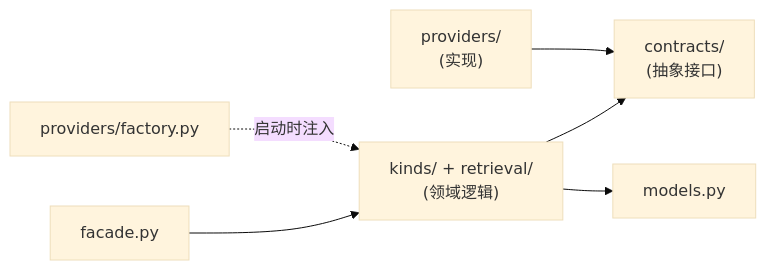
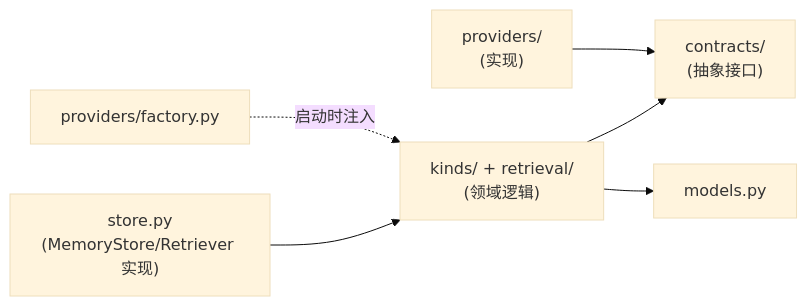
The diagram in docs/modules/memory/README.md (Kairos0922/kairos-agent-infra), drawn with Mermaid (base theme) before and after one commit. The commit also changed other lines of this file and 54 other files, not shown here.

````diff
--- a/docs/modules/memory/README.md
+++ b/docs/modules/memory/README.md
@@ -48,8 +52,8 @@
 ```mermaid
 flowchart LR
-    Facade["facade.py"] --> Kinds["kinds/ + retrieval/<br/>(领域逻辑)"]
+    Store["store.py<br/>(MemoryStore/Retriever 实现)"] --> Kinds["kinds/ + retrieval/<br/>(领域逻辑)"]
     Kinds --> Contracts["contracts/<br/>(抽象接口)"]
     Kinds --> Models["models.py"]
     Factory["providers/factory.py"] -.启动时注入.-> Kinds
     Providers["providers/<br/>(实现)"] --> Contracts
 ```
````
